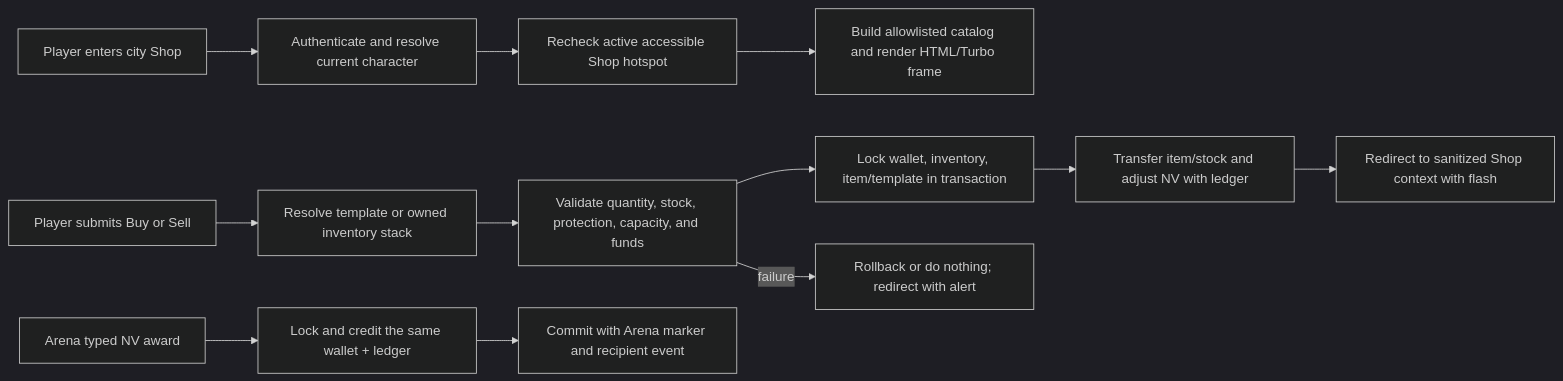
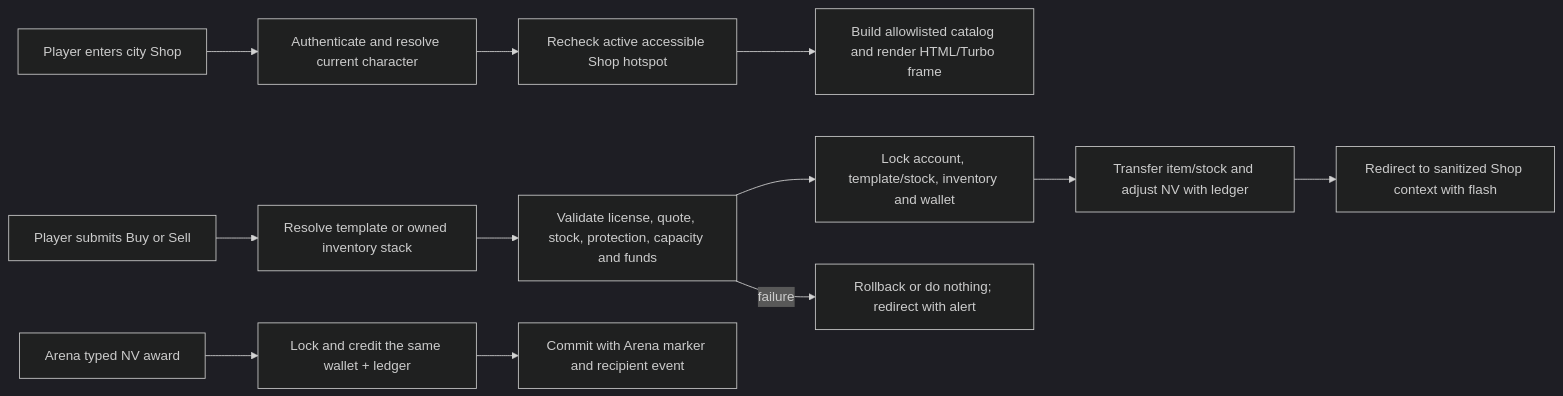
The diagram in doc/features/shop_economy.md (lukin-io/mmorpg), drawn with Mermaid (dark theme) before and after one commit. The commit also changed other lines of this file and 682 other files, not shown here.

````diff
--- a/doc/features/shop_economy.md
+++ b/doc/features/shop_economy.md
@@ -303,14 +538,14 @@
 ```mermaid
 flowchart LR
     A["Player enters city Shop"] --> B["Authenticate and resolve current character"]
     B --> C["Recheck active accessible Shop hotspot"]
     C --> D["Build allowlisted catalog and render HTML/Turbo frame"]
     E["Player submits Buy or Sell"] --> F["Resolve template or owned inventory stack"]
-    F --> G["Validate quantity, stock, protection, capacity, and funds"]
-    G --> H["Lock wallet, inventory, item/template in transaction"]
+    F --> G["Validate license, quote, stock, protection, capacity and funds"]
+    G --> H["Lock account, template/stock, inventory and wallet"]
     H --> I["Transfer item/stock and adjust NV with ledger"]
     I --> J["Redirect to sanitized Shop context with flash"]
     G -->|failure| K["Rollback or do nothing; redirect with alert"]
     L["Arena typed NV award"] --> M["Lock and credit the same wallet + ledger"]
     M --> N["Commit with Arena marker and recipient event"]
 ```
````
